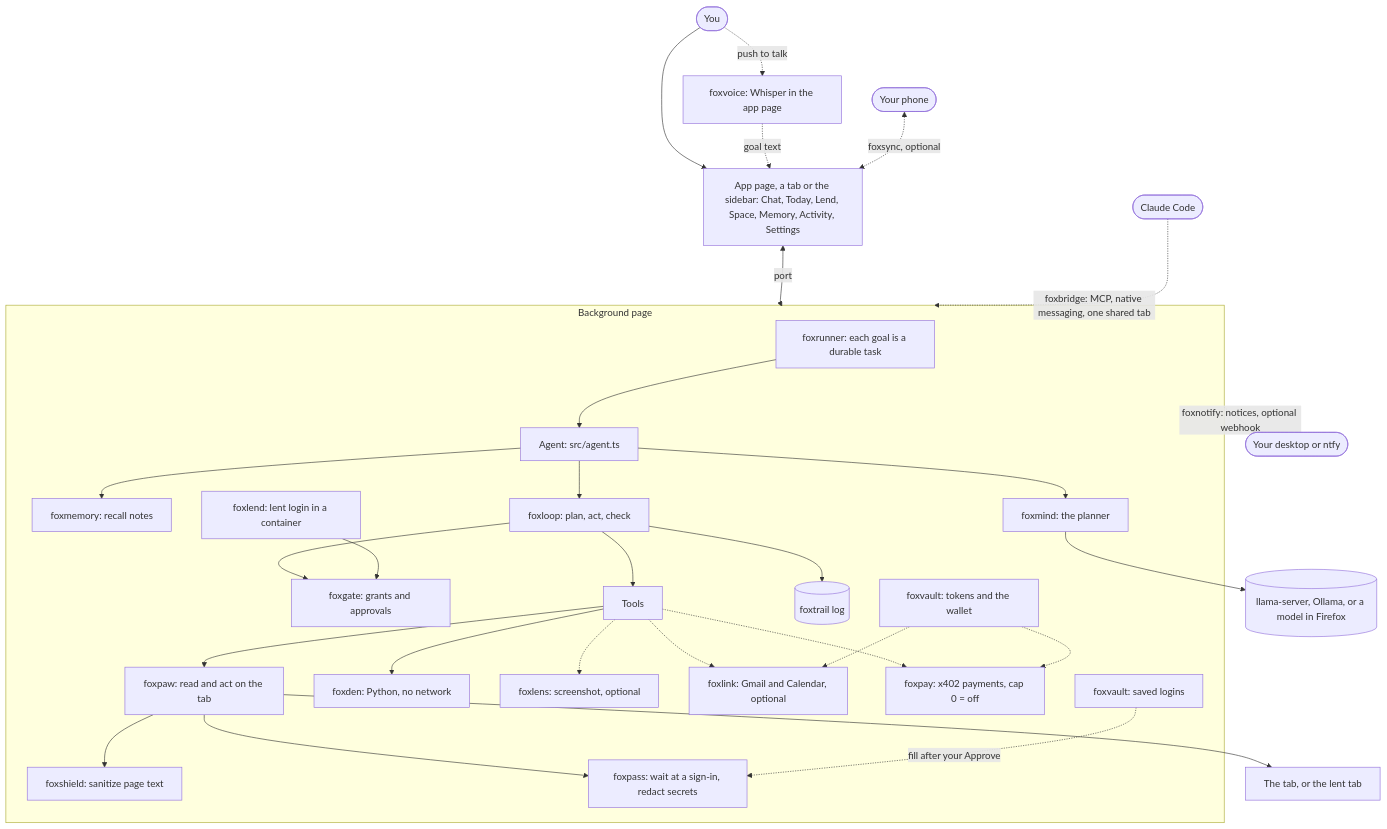
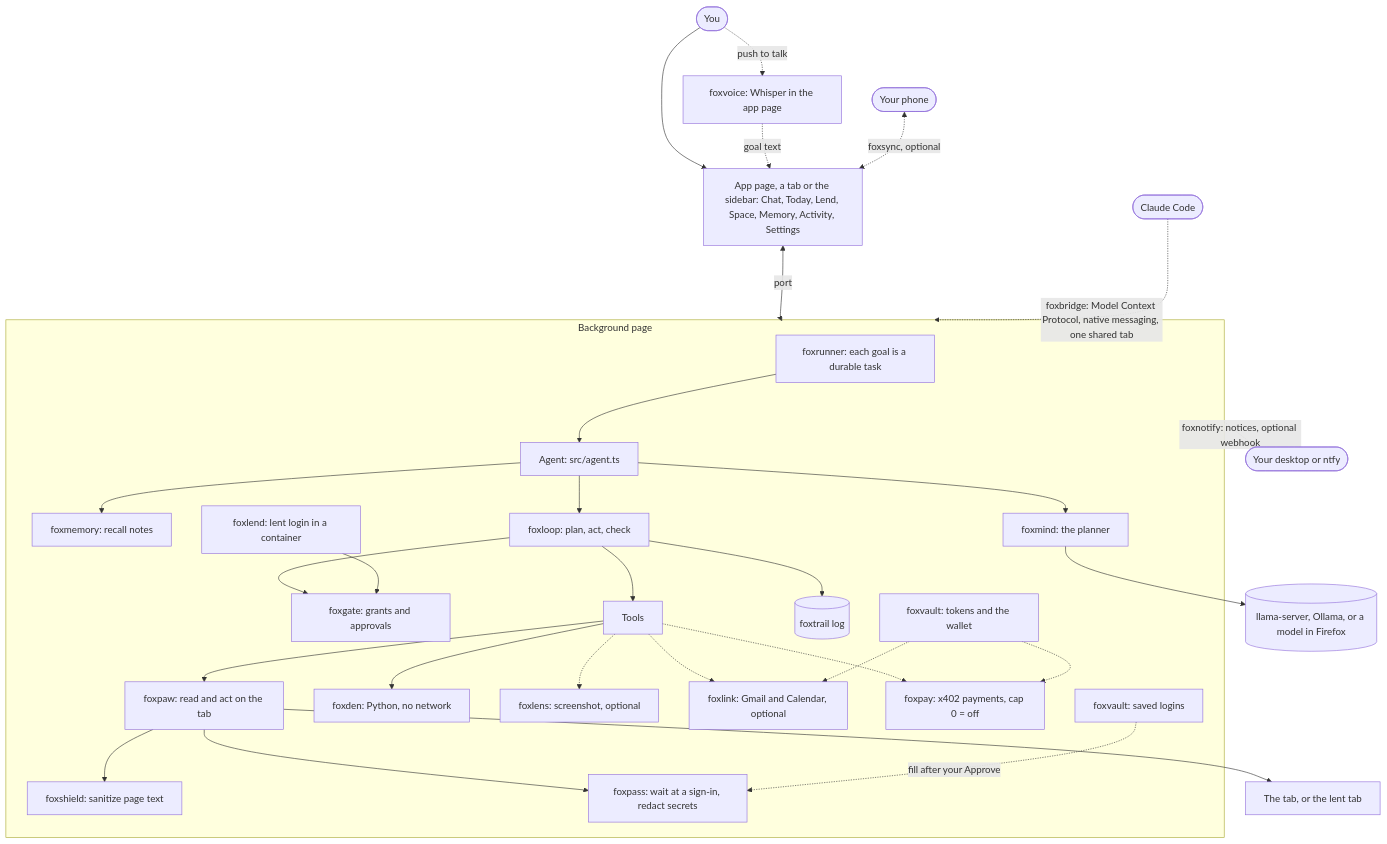
The first of 3 diagrams in README.md (pooriaarab/foxmate), drawn with Mermaid before and after one commit. The commit also changed other lines of this file and 1 other file, not shown here.

````diff
--- a/README.md
+++ b/README.md
@@ -93,31 +55,31 @@
 ```mermaid
 flowchart TB
   user([You]) --> sidebar[App page, a tab or the sidebar: Chat, Today, Lend, Space, Memory, Activity, Settings]
   user -.->|push to talk| voice[foxvoice: Whisper in the app page] -.->|goal text| sidebar
   sidebar <-->|port| bg[Background page]
   phone([Your phone]) <-.->|foxsync, optional| sidebar
   bg -.->|foxnotify: notices, optional webhook| you([Your desktop or ntfy])
-  claude([Claude Code]) -.->|foxbridge: MCP, native messaging, one shared tab| bg
+  claude([Claude Code]) -.->|foxbridge: Model Context Protocol, native messaging, one shared tab| bg
   subgraph bg[Background page]
     runner[foxrunner: each goal is a durable task] --> agent[Agent: src/agent.ts]
     agent --> recall[foxmemory: recall notes]
     agent --> brain[foxmind: the planner]
     agent --> loop[foxloop: plan, act, check]
     loop --> gate[foxgate: grants and approvals]
     loop --> tools[Tools]
     loop --> trail[(foxtrail log)]
     tools --> paw[foxpaw: read and act on the tab]
     paw --> shield[foxshield: sanitize page text]
     paw --> pass[foxpass: wait at a sign-in, redact secrets]
     tools --> den[foxden: Python, no network]
     tools -.-> lens[foxlens: screenshot, optional]
     tools -.-> link[foxlink: Gmail and Calendar, optional]
     tools -.-> pay[foxpay: x402 payments, cap 0 = off]
     lend[foxlend: lent login in a container] --> gate
     vault[foxvault: tokens and the wallet] -.-> link
     logins[foxvault: saved logins] -.->|fill after your Approve| pass
     vault -.-> pay
   end
   brain --> local[(llama-server, Ollama, or a model in Firefox)]
   paw --> tab[The tab, or the lent tab]
 ```
````
